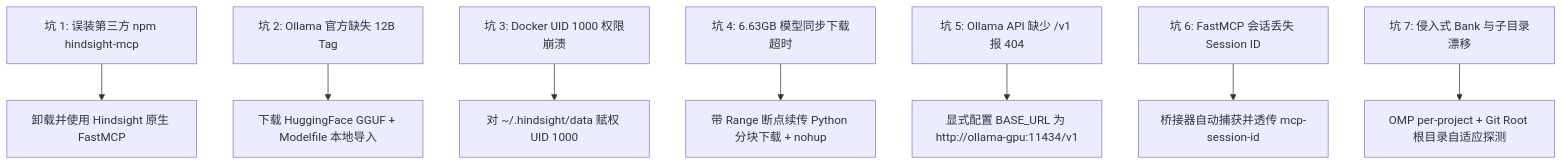
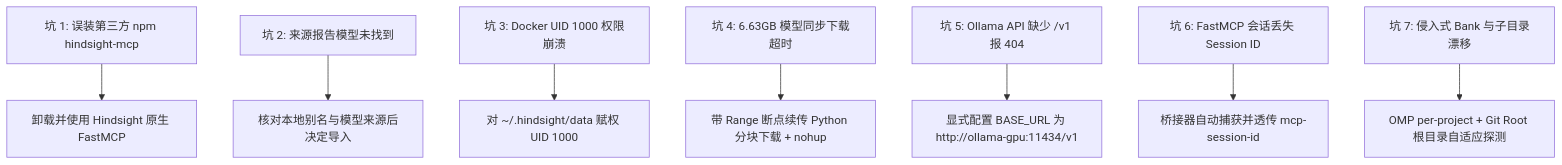
Before and after one commit to DavidHLP/DavidHLP.github.io: the diagram in src/content/note/zh-cn/hindsight-troubleshooting.md, drawn with Mermaid. The commit also changed other lines of this file and 4 other files, not shown here.

````diff
--- a/src/content/note/zh-cn/hindsight-troubleshooting.md
+++ b/src/content/note/zh-cn/hindsight-troubleshooting.md
@@ -20,10 +22,10 @@
 ```mermaid
 graph TD
   P1[坑 1: 误装第三方 npm hindsight-mcp] --> S1[卸载并使用 Hindsight 原生 FastMCP]
-  P2[坑 2: Ollama 官方缺失 12B Tag] --> S2[下载 HuggingFace GGUF + Modelfile 本地导入]
+  P2[坑 2: 来源报告模型未找到] --> S2[核对本地别名与模型来源后决定导入]
   P3[坑 3: Docker UID 1000 权限崩溃] --> S3[对 ~/.hindsight/data 赋权 UID 1000]
   P4[坑 4: 6.63GB 模型同步下载超时] --> S4[带 Range 断点续传 Python 分块下载 + nohup]
   P5[坑 5: Ollama API 缺少 /v1 报 404] --> S5[显式配置 BASE_URL 为 http://ollama-gpu:11434/v1]
   P6[坑 6: FastMCP 会话丢失 Session ID] --> S6[桥接器自动捕获并透传 mcp-session-id]
   P7[坑 7: 侵入式 Bank 与子目录漂移] --> S7[OMP per-project + Git Root 根目录自适应探测]
 ```
````
